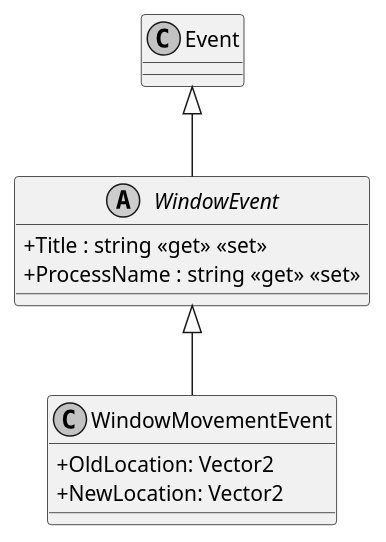
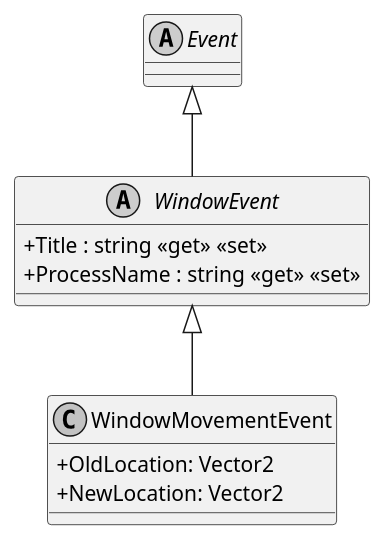
Before and after one commit to insightmind/MORR: the diagram in documents/sd/plantuml/application/Modules/WindowManagement/Events/WindowMovementEvent.puml, drawn with PlantUML. The commit also changed 9 other files, not shown here.

```diff
--- a/documents/sd/plantuml/application/Modules/WindowManagement/Events/WindowMovementEvent.puml
+++ b/documents/sd/plantuml/application/Modules/WindowManagement/Events/WindowMovementEvent.puml
@@ -1,16 +1,17 @@
 @startuml
 skinparam monochrome true
 skinparam classAttributeIconSize 0
 
 class WindowMovementEvent {
     + OldLocation: Vector2
     + NewLocation: Vector2
 }
 WindowEvent <|-- WindowMovementEvent
 
 abstract class WindowEvent {
     + Title : string <<get>> <<set>>
     + ProcessName : string <<get>> <<set>>
 }
+abstract class Event
 Event <|-- WindowEvent
 @enduml
```
